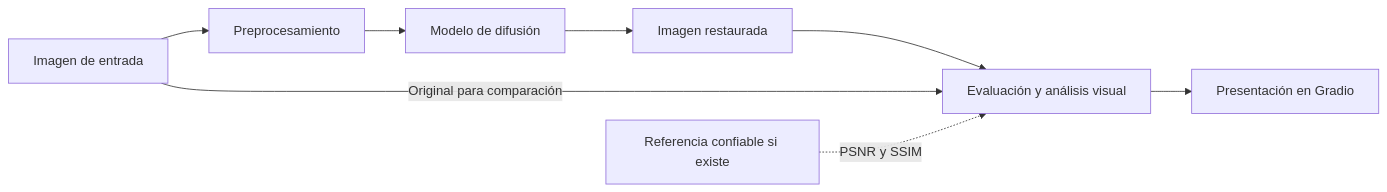
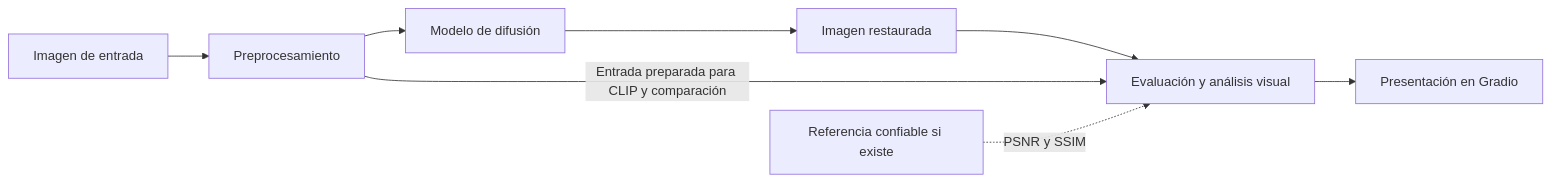
Before and after one commit to Sabri-Nang/astro-restauracion: the diagram in README.md, drawn with Mermaid. The commit also changed other lines of this file and 3 other files, not shown here.

````diff
--- a/README.md
+++ b/README.md
@@ -215,10 +215,10 @@
 ```mermaid
 flowchart LR
     A[Imagen de entrada] --> B[Preprocesamiento]
     B --> C[Modelo de difusión]
     C --> D[Imagen restaurada]
     D --> E[Evaluación y análisis visual]
-    A -->|Original para comparación| E
+    B -->|Entrada preparada para CLIP y comparación| E
     R[Referencia confiable si existe] -.->|PSNR y SSIM| E
     E --> F[Presentación en Gradio]
 ```
````
